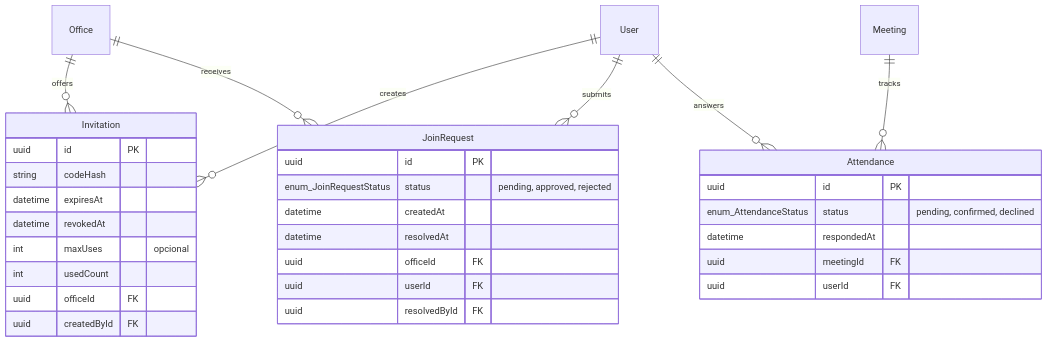
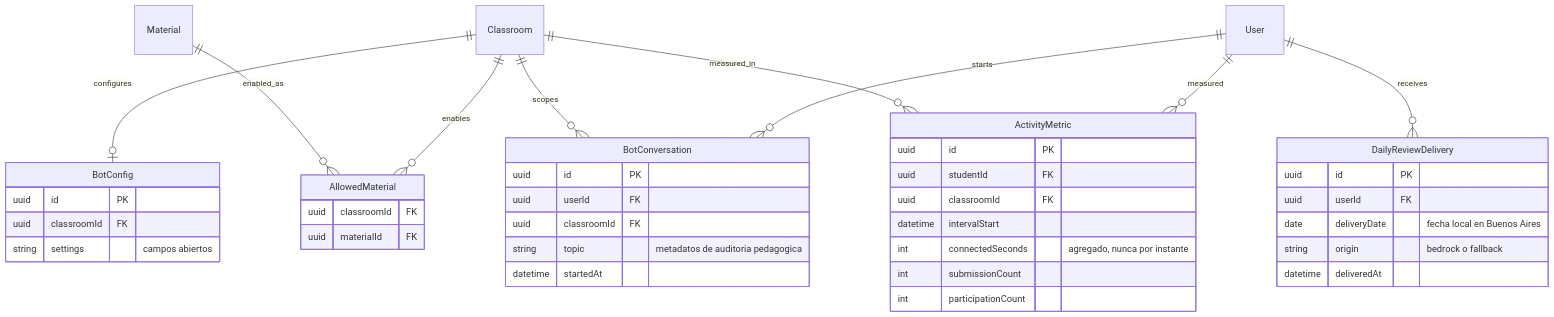
One commit to Agustin742/integratec-final-back changed the fourth of 4 diagrams in docs/diagrams/03-structural/data-model.md. Above: the diagram before and after it, drawn with Mermaid. The commit also changed other lines of this file and 2 other files, not shown here.

Commit message:
docs(diagrams): realign structural diagrams with the school niche model

````diff
--- a/docs/diagrams/03-structural/data-model.md
+++ b/docs/diagrams/03-structural/data-model.md
@@ -227,38 +369,48 @@
 ```mermaid
 erDiagram
-  Office ||--o{ Invitation : offers
-  User ||--o{ Invitation : creates
-  Office ||--o{ JoinRequest : receives
-  User ||--o{ JoinRequest : submits
-  Meeting ||--o{ Attendance : tracks
-  User ||--o{ Attendance : answers
+  Classroom ||--o| BotConfig : configures
+  Classroom ||--o{ AllowedMaterial : enables
+  Material ||--o{ AllowedMaterial : enabled_as
+  User ||--o{ BotConversation : starts
+  Classroom ||--o{ BotConversation : scopes
+  User ||--o{ DailyReviewDelivery : receives
+  User ||--o{ ActivityMetric : measured
+  Classroom ||--o{ ActivityMetric : measured_in
 
-  Invitation {
+  BotConfig {
     uuid id PK
-    string codeHash
-    datetime expiresAt
-    datetime revokedAt
-    int maxUses "opcional"
-    int usedCount
-    uuid officeId FK
-    uuid createdById FK
+    uuid classroomId FK
+    string settings "campos abiertos"
   }
 
-  JoinRequest {
-    uuid id PK
-    enum_JoinRequestStatus status "pending, approved, rejected"
-    datetime createdAt
-    datetime resolvedAt
-    uuid officeId FK
-    uuid userId FK
-    uuid resolvedById FK
+  AllowedMaterial {
+    uuid classroomId FK
+    uuid materialId FK
   }
 
-  Attendance {
+  BotConversation {
     uuid id PK
-    enum_AttendanceStatus status "pending, confirmed, declined"
-    datetime respondedAt
-    uuid meetingId FK
     uuid userId FK
+    uuid classroomId FK
+    string topic "metadatos de auditoria pedagogica"
+    datetime startedAt
+  }
+
+  DailyReviewDelivery {
+    uuid id PK
+    uuid userId FK
+    date deliveryDate "fecha local en Buenos Aires"
+    string origin "bedrock o fallback"
+    datetime deliveredAt
+  }
+
+  ActivityMetric {
+    uuid id PK
+    uuid studentId FK
+    uuid classroomId FK
+    datetime intervalStart
+    int connectedSeconds "agregado, nunca por instante"
+    int submissionCount
+    int participationCount
   }
 ```
````
